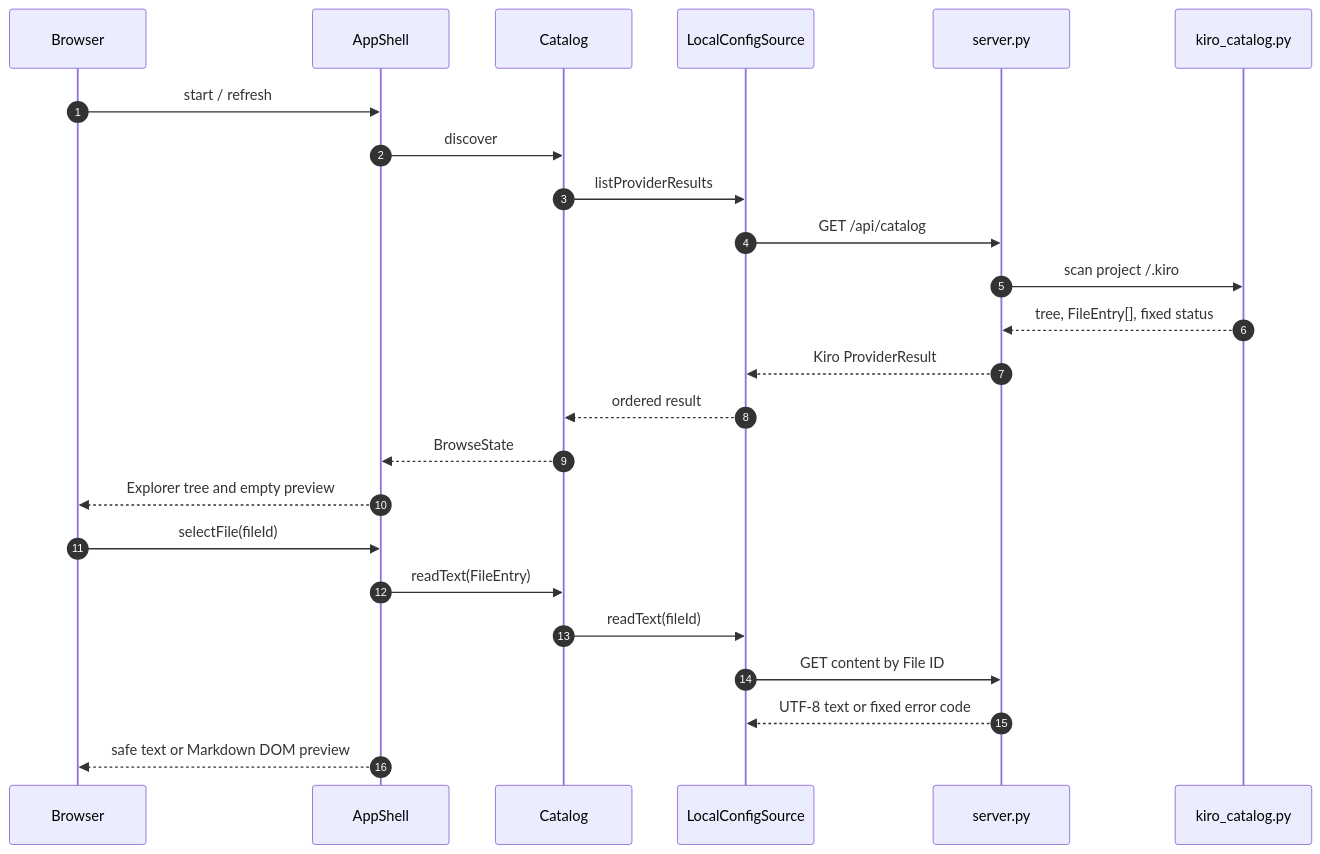
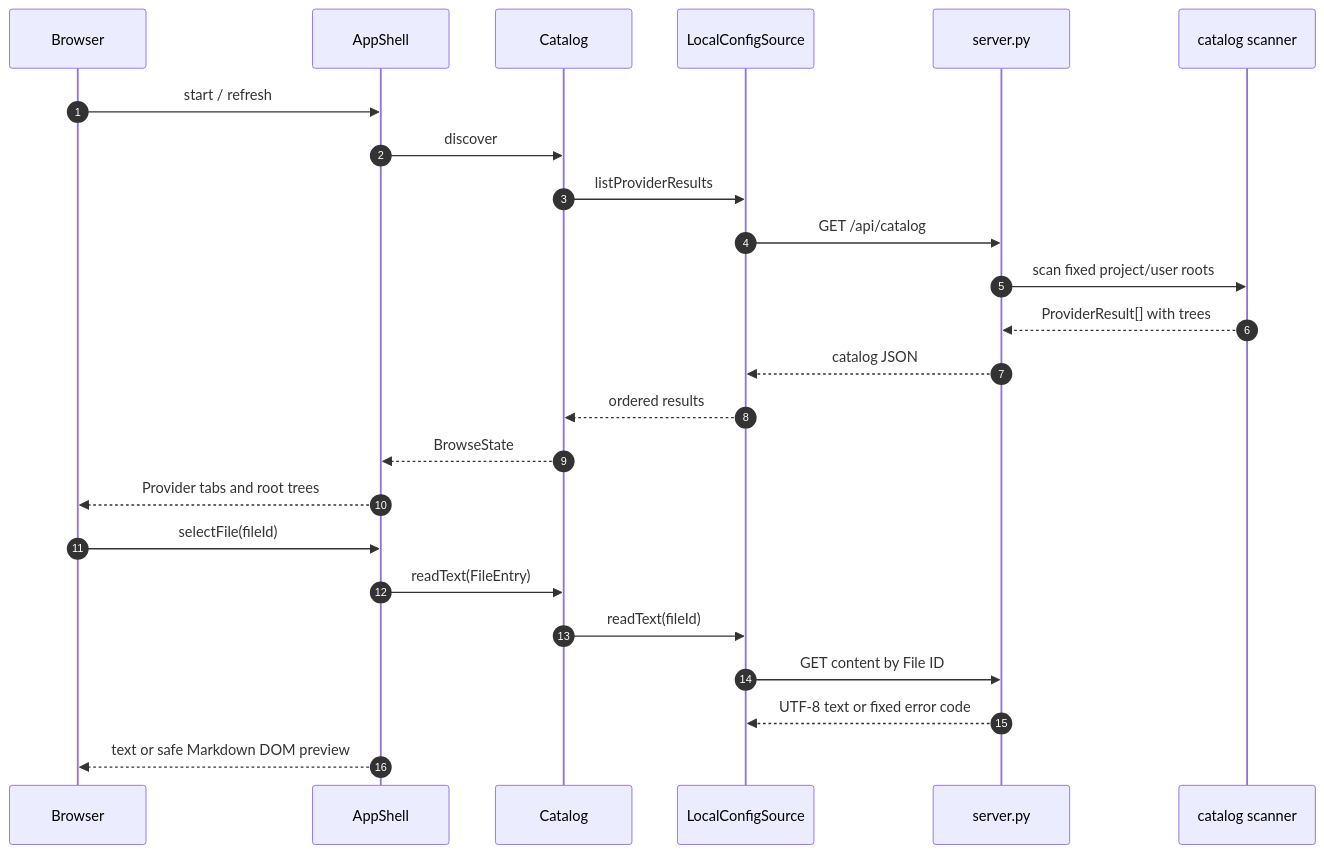
One commit to xzyozi/agent-config-viewer changed the diagram in docs/design/ACV-DD-001_閲覧フロー詳細設計書.md. Above: the diagram before and after it, drawn with Mermaid. The commit also changed other lines of this file and 6 other files, not shown here.

````diff
--- a/docs/design/ACV-DD-001_閲覧フロー詳細設計書.md
+++ b/docs/design/ACV-DD-001_閲覧フロー詳細設計書.md
@@ -39,26 +39,26 @@
 ```mermaid
 sequenceDiagram
     autonumber
     participant Browser
     participant App as AppShell
     participant Catalog
     participant Source as LocalConfigSource
     participant Server as server.py
-    participant Scanner as kiro_catalog.py
+    participant Scanner as catalog scanner
     Browser->>App: start / refresh
     App->>Catalog: discover
     Catalog->>Source: listProviderResults
     Source->>Server: GET /api/catalog
-    Server->>Scanner: scan project /.kiro
-    Scanner-->>Server: tree, FileEntry[], fixed status
-    Server-->>Source: Kiro ProviderResult
-    Source-->>Catalog: ordered result
+    Server->>Scanner: scan fixed project/user roots
+    Scanner-->>Server: ProviderResult[] with trees
+    Server-->>Source: catalog JSON
+    Source-->>Catalog: ordered results
     Catalog-->>App: BrowseState
-    App-->>Browser: Explorer tree and empty preview
+    App-->>Browser: Provider tabs and root trees
     Browser->>App: selectFile(fileId)
     App->>Catalog: readText(FileEntry)
     Catalog->>Source: readText(fileId)
     Source->>Server: GET content by File ID
     Server-->>Source: UTF-8 text or fixed error code
-    App-->>Browser: safe text or Markdown DOM preview
+    App-->>Browser: text or safe Markdown DOM preview
 ```
````
